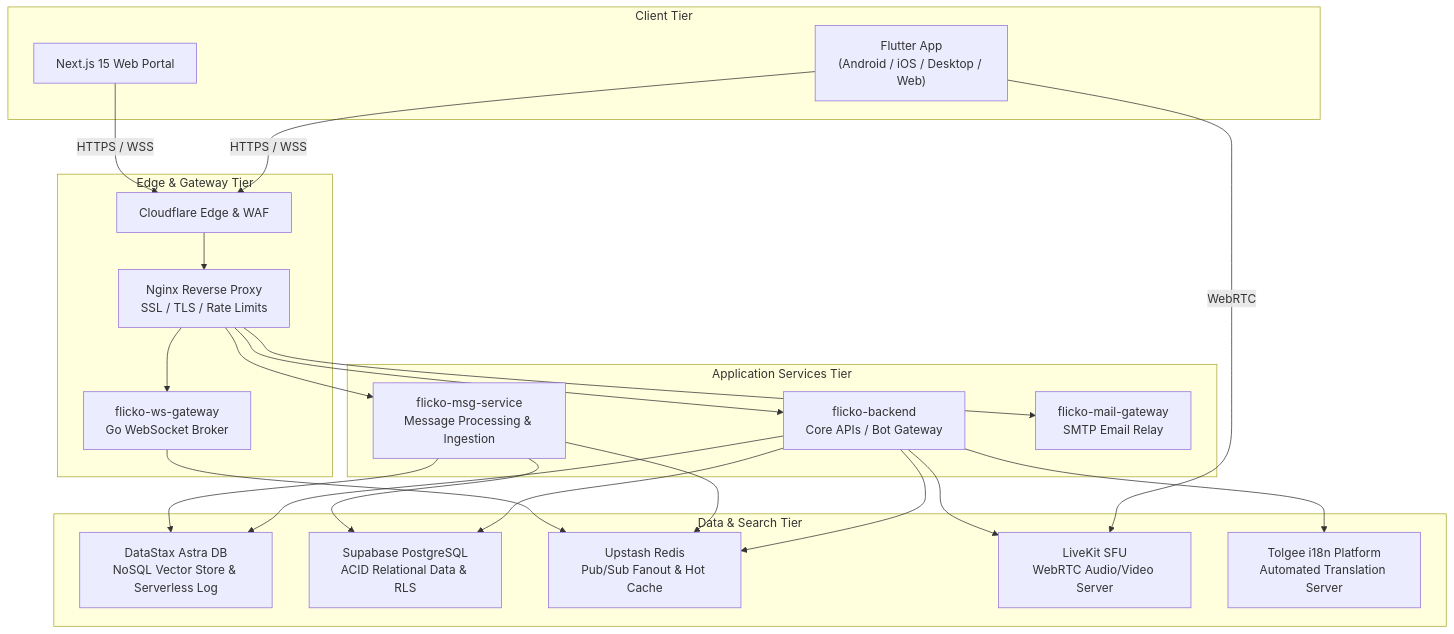
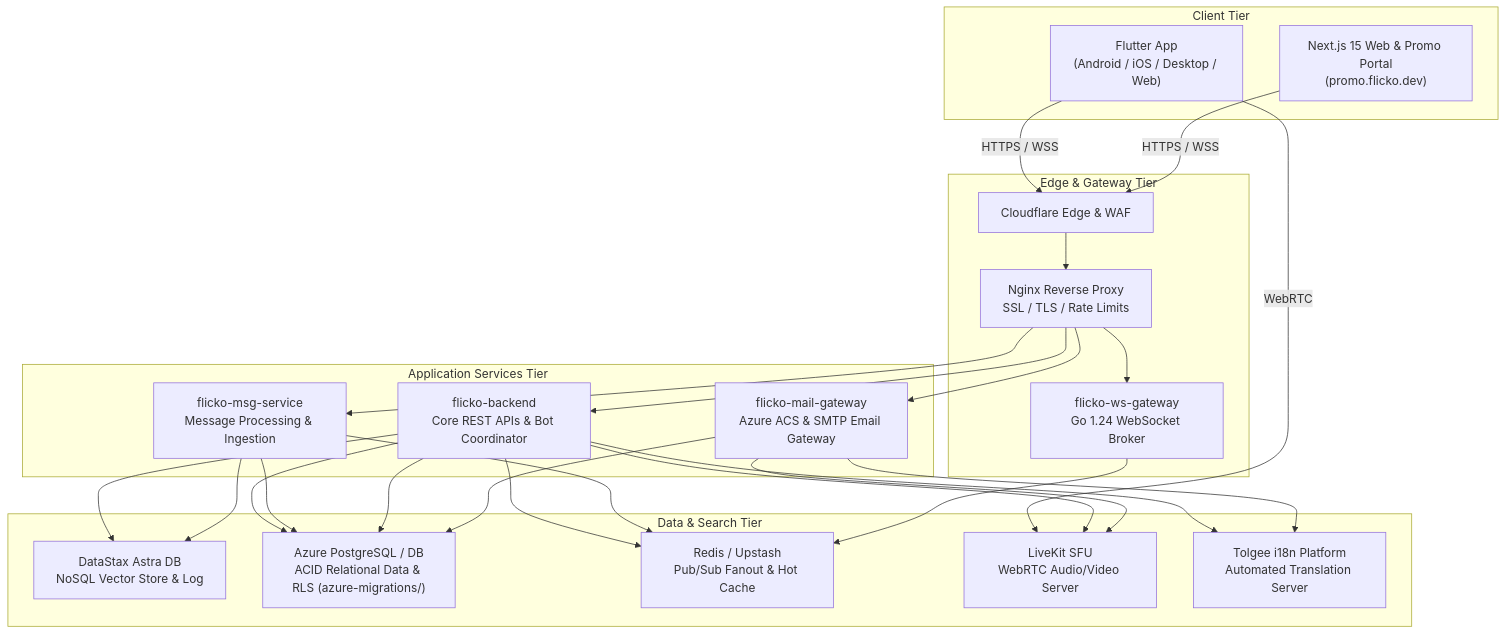
The diagram in README.md (Santosh-Prasad-Verma/Flicko), drawn with Mermaid before and after one commit. The commit also changed other lines of this file, not shown here.

Commit message:
docs(readme): update README.md with Go 1.24.0, Azure migrations layout, promo email portal, and protected main branch status

````diff
--- a/README.md
+++ b/README.md
@@ -70,34 +70,34 @@
 ```mermaid
 graph TB
     subgraph Client["Client Tier"]
         APP["Flutter App<br/>(Android / iOS / Desktop / Web)"]
-        WEB["Next.js 15 Web Portal"]
+        WEB["Next.js 15 Web & Promo Portal<br/>(promo.flicko.dev)"]
     end
 
     subgraph Edge["Edge & Gateway Tier"]
         CF["Cloudflare Edge & WAF"]
         NGX["Nginx Reverse Proxy<br/>SSL / TLS / Rate Limits"]
-        WS["flicko-ws-gateway<br/>Go WebSocket Broker"]
+        WS["flicko-ws-gateway<br/>Go 1.24 WebSocket Broker"]
     end
 
     subgraph Microservices["Application Services Tier"]
-        BE["flicko-backend<br/>Core APIs / Bot Gateway"]
+        BE["flicko-backend<br/>Core REST APIs & Bot Coordinator"]
         MSG["flicko-msg-service<br/>Message Processing & Ingestion"]
-        MAIL["flicko-mail-gateway<br/>SMTP Email Relay"]
+        MAIL["flicko-mail-gateway<br/>Azure ACS & SMTP Email Gateway"]
     end
 
     subgraph Data["Data & Search Tier"]
-        ASTRA["DataStax Astra DB<br/>NoSQL Vector Store & Serverless Log"]
-        PG["Supabase PostgreSQL<br/>ACID Relational Data & RLS"]
-        REDIS["Upstash Redis<br/>Pub/Sub Fanout & Hot Cache"]
+        ASTRA["DataStax Astra DB<br/>NoSQL Vector Store & Log"]
+        AZ_PG["Azure PostgreSQL / DB<br/>ACID Relational Data & RLS (azure-migrations/)"]
+        REDIS["Redis / Upstash<br/>Pub/Sub Fanout & Hot Cache"]
         LK["LiveKit SFU<br/>WebRTC Audio/Video Server"]
         TOLGEE["Tolgee i18n Platform<br/>Automated Translation Server"]
     end
 
     APP & WEB -->|HTTPS / WSS| CF --> NGX
     APP -->|WebRTC| LK
     NGX --> BE & WS & MSG & MAIL
-    BE & MSG --> ASTRA & PG & REDIS
+    BE & MSG --> ASTRA & AZ_PG & REDIS
     WS --> REDIS
-    BE --> TOLGEE & LK
+    BE & MAIL --> AZ_PG & TOLGEE & LK
 ```
````
